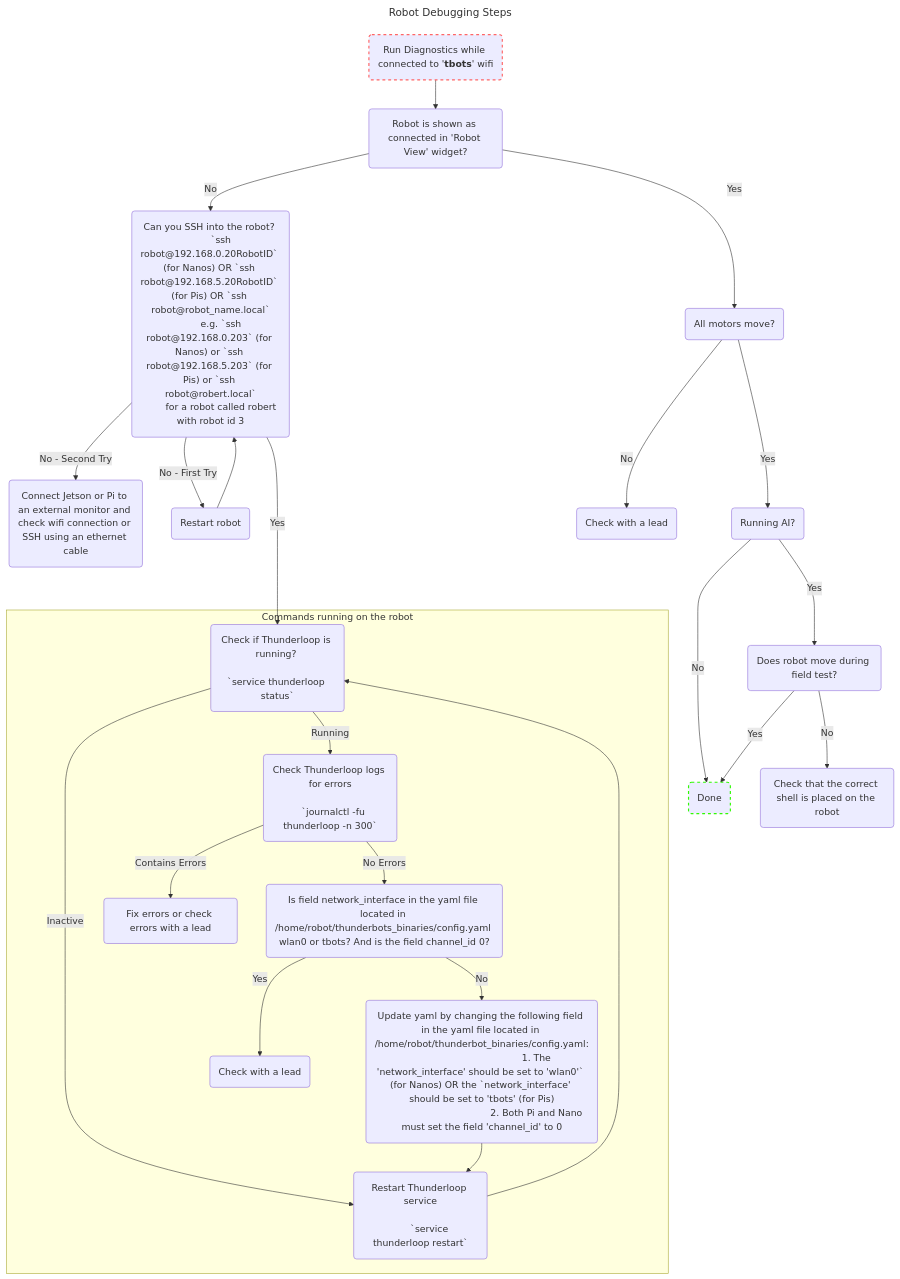
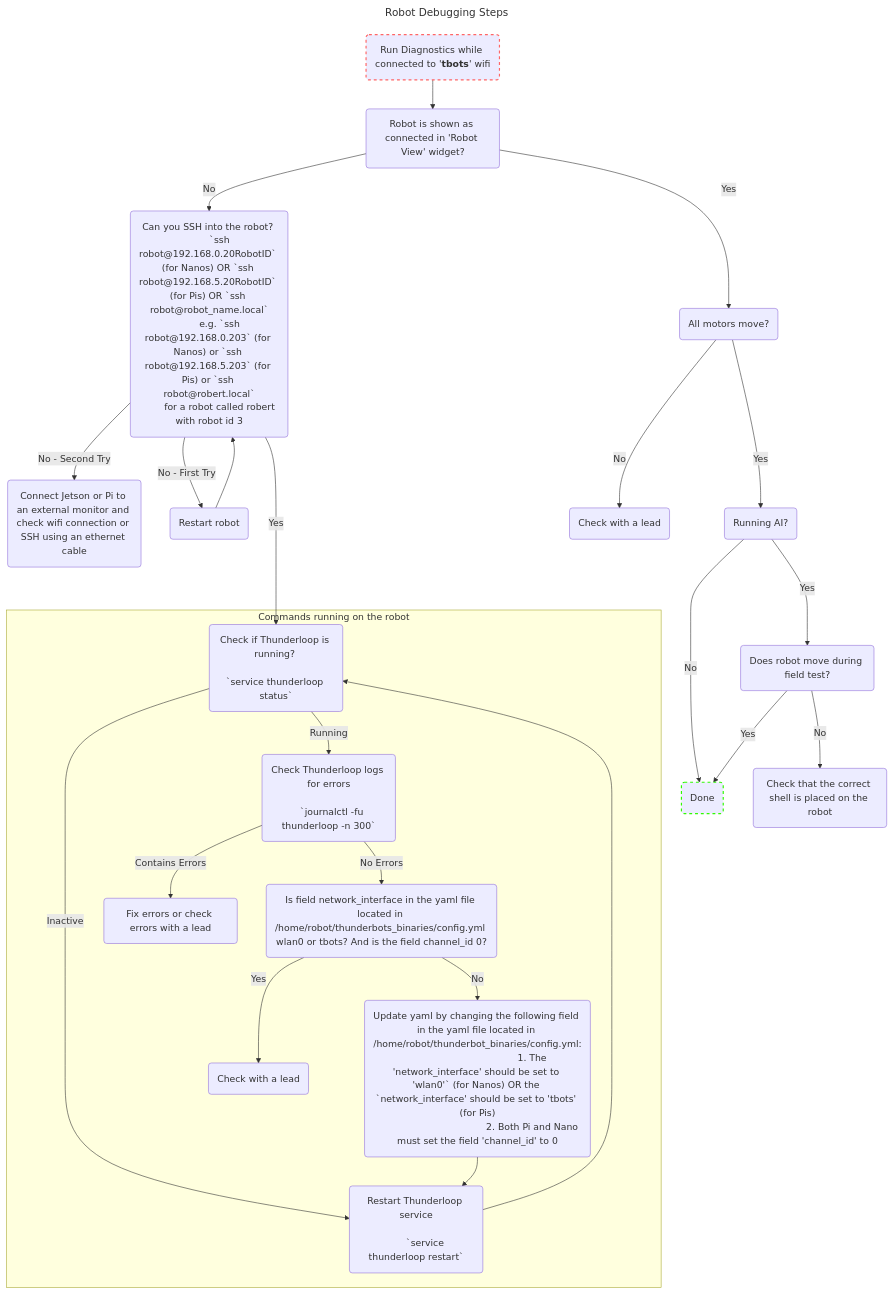
One commit to UBC-Thunderbots/Software changed the diagram in docs/useful-robot-commands.md. Above: the diagram before and after it, drawn with Mermaid. The commit also changed other lines of this file and 4 other files, not shown here.

````diff
--- a/docs/useful-robot-commands.md
+++ b/docs/useful-robot-commands.md
@@ -27,47 +27,47 @@
 ```mermaid
 ---
 title: Robot Debugging Steps
 ---
 flowchart TD
     ssh("Can you SSH into the robot? 
         `ssh robot@192.168.0.20RobotID` (for Nanos) OR `ssh robot@192.168.5.20RobotID` (for Pis) OR `ssh robot@robot_name.local`
         e.g. `ssh robot@192.168.0.203` (for Nanos) or `ssh robot@192.168.5.203` (for Pis) or `ssh robot@robert.local`
         for a robot called robert with robot id 3")
     ssh ---> |Yes| tloop_status
     ssh --> |No - Second Try| monitor("Connect Jetson or Pi to an external monitor and check wifi connection or SSH using an ethernet cable")
     ssh --> |No - First Try| restart(Restart robot)
     restart --> ssh
 
     diagnostics("`Run Diagnostics while connected to '**tbots**' wifi`") --> robot_view
     robot_view(Robot is shown as connected in 'Robot View' widget?) --> |Yes| check_motors(All motors move?)
     style diagnostics stroke:#f66,stroke-width:2px,stroke-dasharray: 5 5
 
     check_motors -->|Yes| field_test(Running AI?)
     field_test -->|No| done(Done)
     style done stroke:#30fa02,stroke-width:2px,stroke-dasharray: 5 5
     field_test -->|Yes| field_test_moves(Does robot move during field test?)
     field_test_moves --> |No| check_shell("`Check that the correct shell is placed on the robot`")
     check_shell
     field_test_moves --> |Yes| done
 
     robot_view --> |No| ssh
     check_motors -->|No| rip
     rip(Check with a lead)
                   
     subgraph ssh_graph [Commands running on the robot]
     tloop_status(Check if Thunderloop is running? 
                                `service thunderloop status`)
     tloop_status --> |Inactive| tloop_restart(Restart Thunderloop service
                                               `service thunderloop restart`)
     tloop_status --> |Running| tloop_logs(Check Thunderloop logs for errors
                                           `journalctl -fu thunderloop -n 300`)
-    tloop_logs --> |No Errors| check_yaml(Is field network_interface in the yaml file located in /home/robot/thunderbots_binaries/config.yaml wlan0 or tbots? And is the field channel_id 0?)
+    tloop_logs --> |No Errors| check_yaml(Is field network_interface in the yaml file located in /home/robot/thunderbots_binaries/config.yml wlan0 or tbots? And is the field channel_id 0?)
     tloop_logs --> |Contains Errors| rip2("Fix errors or check errors with a lead")
-    check_yaml --> |No| update_yaml("Update yaml by changing the following field in the yaml file located in /home/robot/thunderbot_binaries/config.yaml:
+    check_yaml --> |No| update_yaml("Update yaml by changing the following field in the yaml file located in /home/robot/thunderbot_binaries/config.yml:
                                       1. The 'network_interface' should be set to 'wlan0'` (for Nanos) OR the `network_interface' should be set to 'tbots' (for Pis)
                                       2. Both Pi and Nano must set the field 'channel_id' to 0")
     check_yaml --> |Yes| rip3(Check with a lead)
     update_yaml --> tloop_restart
     tloop_restart --> tloop_status
     end
 ```
````
